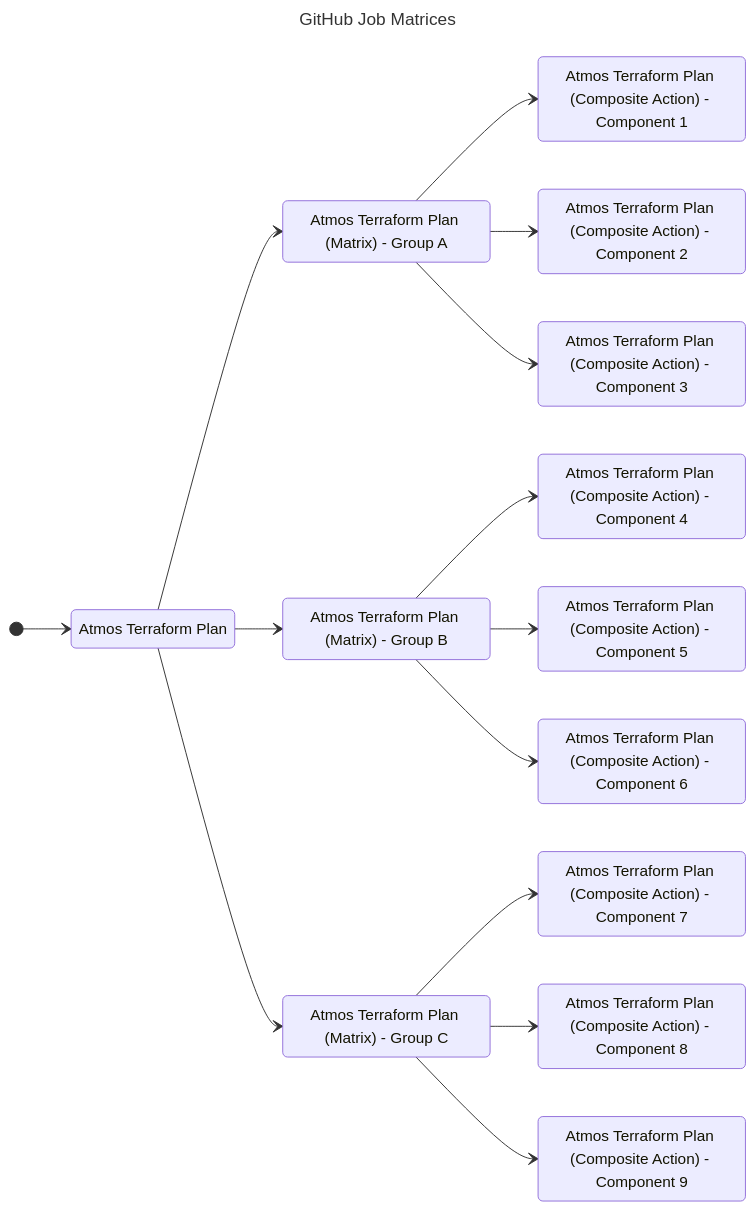
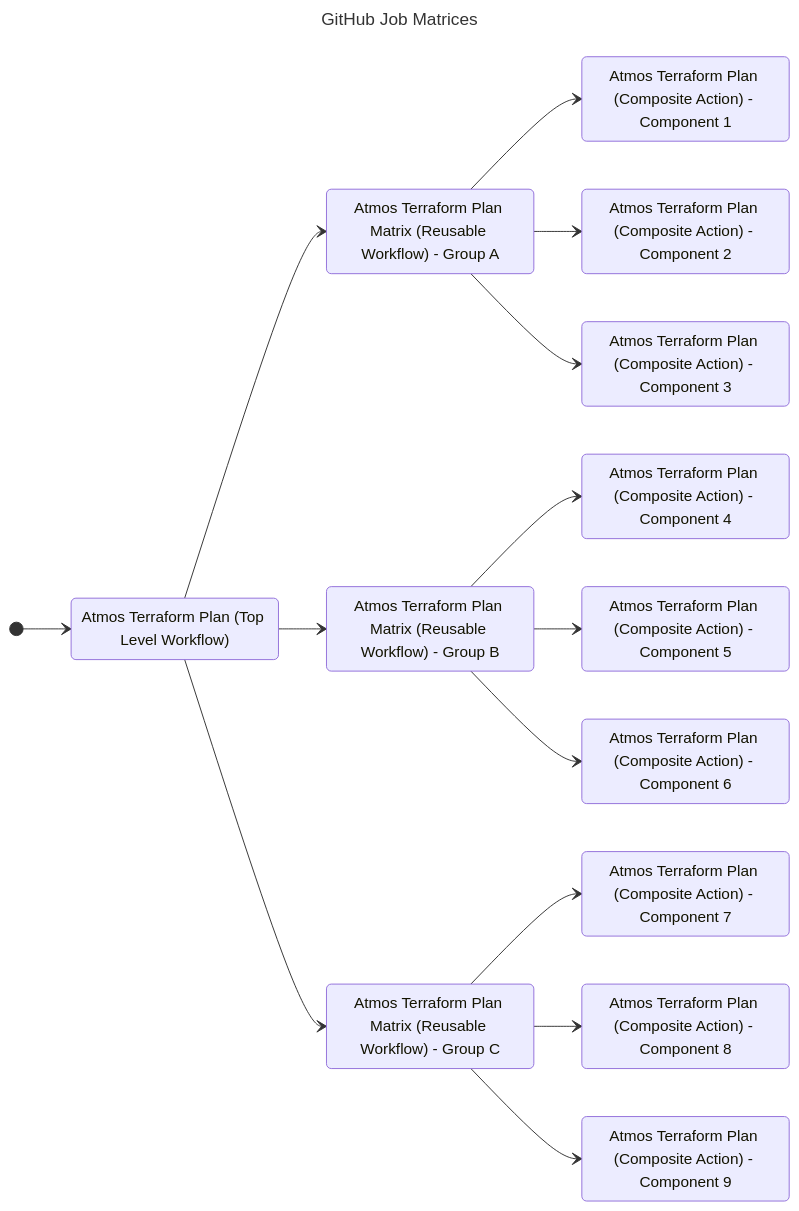
Before and after one commit to cloudposse/atmos: the second of 2 diagrams in website/docs/integrations/github-actions/atmos-terraform-drift-detection.md, drawn with Mermaid. The commit also changed other lines of this file, not shown here.

````diff
--- a/website/docs/integrations/github-actions/atmos-terraform-drift-detection.md
+++ b/website/docs/integrations/github-actions/atmos-terraform-drift-detection.md
@@ -68,34 +211,34 @@
 ```mermaid
 ---
 title: GitHub Job Matrices
 ---
 stateDiagram-v2
   direction LR
   [*] --> top
   top --> reusable1
   top --> reusable2
   top --> reusable3
   reusable1 --> component1
   reusable1 --> component2
   reusable1 --> component3
   reusable2 --> component4
   reusable2 --> component5
   reusable2 --> component6
   reusable3 --> component7
   reusable3 --> component8
   reusable3 --> component9
 
-  state "Atmos Terraform Plan" as top
-  state "Atmos Terraform Plan (Matrix) - Group A" as reusable1
-  state "Atmos Terraform Plan (Matrix) - Group B" as reusable2
-  state "Atmos Terraform Plan (Matrix) - Group C" as reusable3
+  state "Atmos Terraform Plan (Top Level Workflow)" as top
+  state "Atmos Terraform Plan Matrix (Reusable Workflow) - Group A" as reusable1
+  state "Atmos Terraform Plan Matrix (Reusable Workflow) - Group B" as reusable2
+  state "Atmos Terraform Plan Matrix (Reusable Workflow) - Group C" as reusable3
   state "Atmos Terraform Plan (Composite Action) - Component 1" as component1
   state "Atmos Terraform Plan (Composite Action) - Component 2" as component2
   state "Atmos Terraform Plan (Composite Action) - Component 3" as component3
   state "Atmos Terraform Plan (Composite Action) - Component 4" as component4
   state "Atmos Terraform Plan (Composite Action) - Component 5" as component5
   state "Atmos Terraform Plan (Composite Action) - Component 6" as component6
   state "Atmos Terraform Plan (Composite Action) - Component 7" as component7
   state "Atmos Terraform Plan (Composite Action) - Component 8" as component8
   state "Atmos Terraform Plan (Composite Action) - Component 9" as component9
 ```
````
